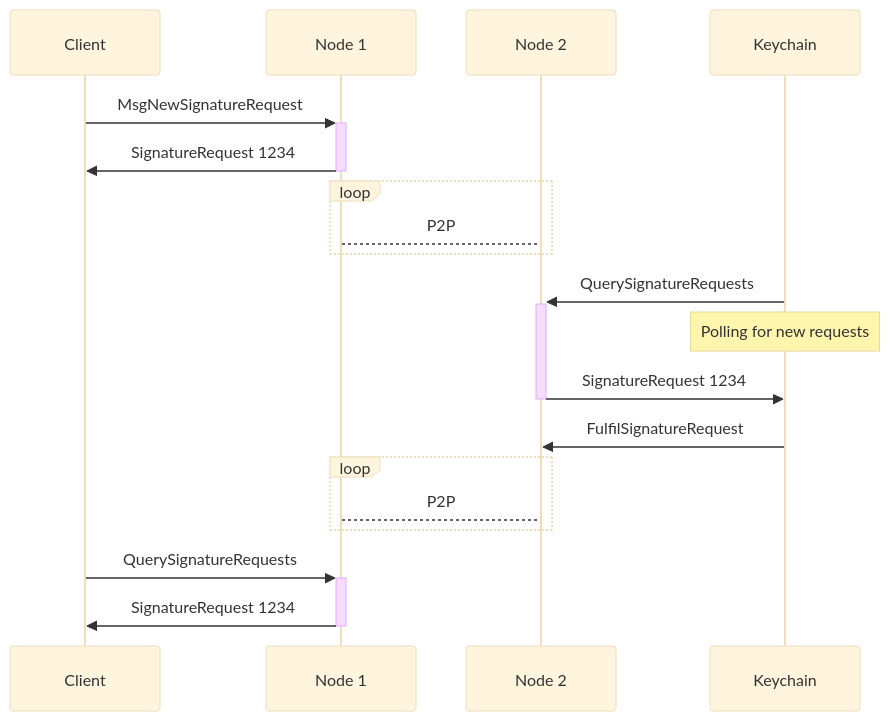
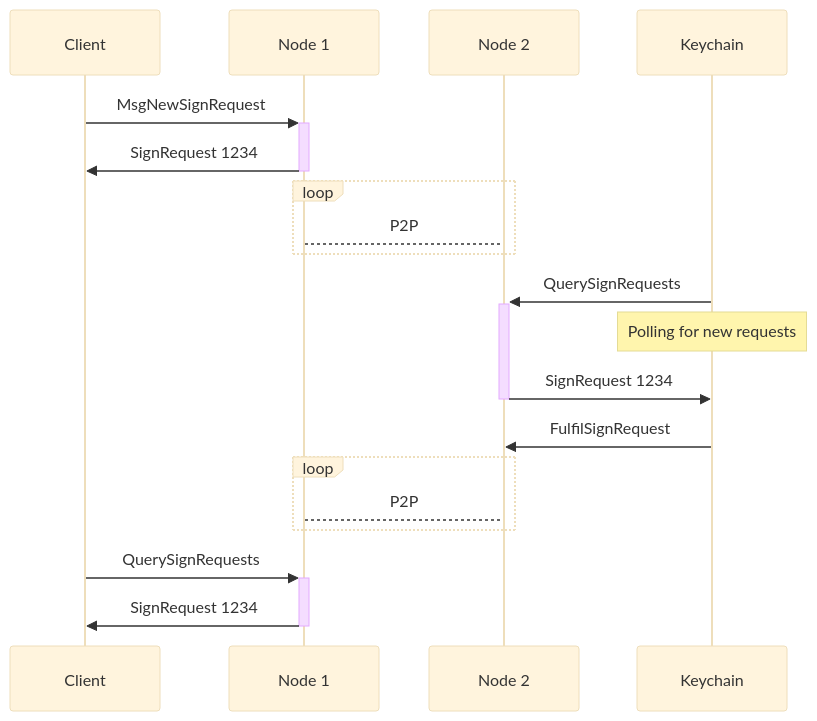
The second of 2 diagrams in docs/docs/developers/protocol.md (warden-protocol/wardenprotocol), drawn with Mermaid (base theme) before and after one commit. The commit also changed other lines of this file and 58 other files, not shown here.

Commit message:
fix: rename SignatureRequest to SignRequest

````diff
--- a/docs/docs/developers/protocol.md
+++ b/docs/docs/developers/protocol.md
@@ -86,21 +86,21 @@
 ```mermaid
 sequenceDiagram
-    Client->>+Node 1: MsgNewSignatureRequest
-    Node 1->>-Client: SignatureRequest 1234
+    Client->>+Node 1: MsgNewSignRequest
+    Node 1->>-Client: SignRequest 1234
 
     loop
         Node 1-->Node 2: P2P
     end
 
-    Keychain->>+Node 2: QuerySignatureRequests
+    Keychain->>+Node 2: QuerySignRequests
     note over Keychain: Polling for new requests
-    Node 2->>-Keychain: SignatureRequest 1234
-    Keychain->>Node 2: FulfilSignatureRequest
+    Node 2->>-Keychain: SignRequest 1234
+    Keychain->>Node 2: FulfilSignRequest
 
     loop
         Node 1-->Node 2: P2P
     end
 
-    Client->>+Node 1: QuerySignatureRequests
-    Node 1->>-Client: SignatureRequest 1234
+    Client->>+Node 1: QuerySignRequests
+    Node 1->>-Client: SignRequest 1234
 ```
````
